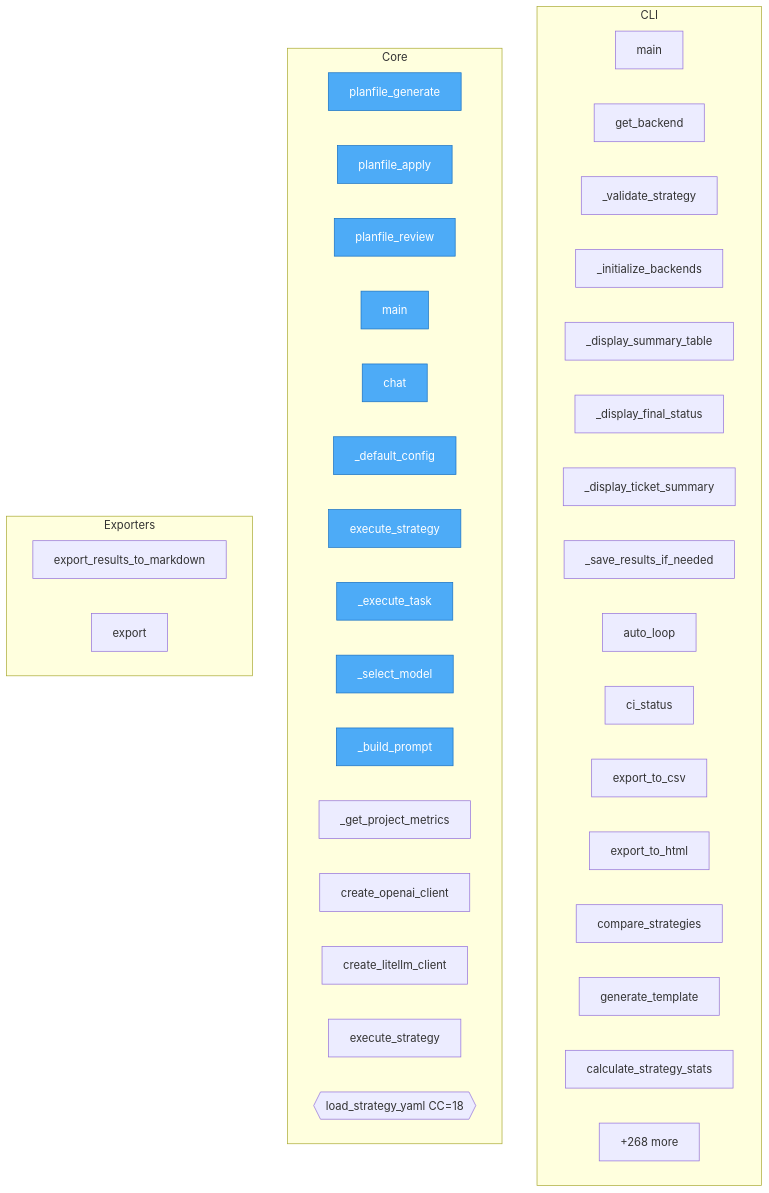
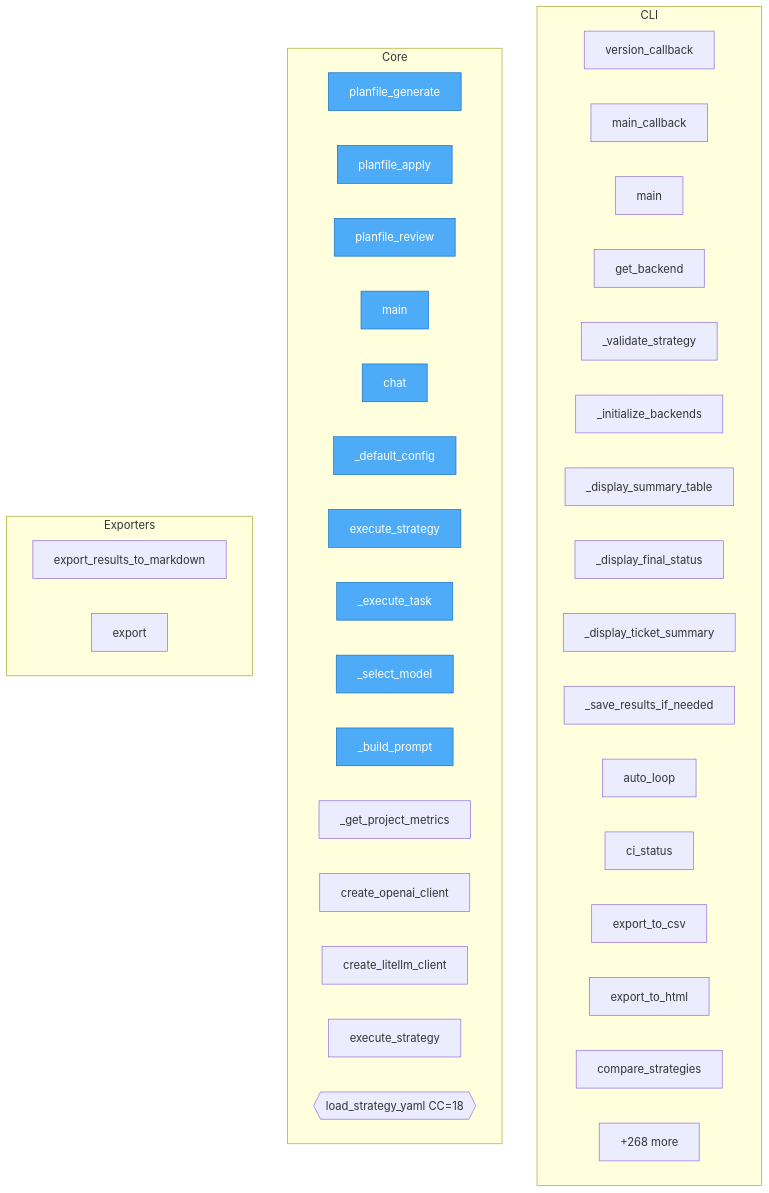
Before and after one commit to semcod/planfile: the diagram in project/flow.mmd, drawn with Mermaid. The commit also changed 70 other files, not shown here.

```diff
--- a/project/flow.mmd
+++ b/project/flow.mmd
@@ -1,49 +1,49 @@
 flowchart TD
 
     %% Entry points (blue)
     classDef entry fill:#4dabf7,stroke:#1971c2,color:#fff
 
     subgraph CLI
+        planfile__cli__commands__version_callback["version_callback"]
+        planfile__cli__commands__main_callback["main_callback"]
         planfile__cli__commands__main["main"]
         planfile__cli__auto_loop__get_backend["get_backend"]
         planfile__cli__auto_loop___validate_strategy["_validate_strategy"]
         planfile__cli__auto_loop___initialize_backends["_initialize_backends"]
         planfile__cli__auto_loop___display_summary_table["_display_summary_table"]
         planfile__cli__auto_loop___display_final_status["_display_final_status"]
         planfile__cli__auto_loop___display_ticket_summary["_display_ticket_summary"]
         planfile__cli__auto_loop___save_results_if_needed["_save_results_if_needed"]
         planfile__cli__auto_loop__auto_loop["auto_loop"]
         planfile__cli__auto_loop__ci_status["ci_status"]
         planfile__cli__extra_commands__export_to_csv["export_to_csv"]
         planfile__cli__extra_commands__export_to_html["export_to_html"]
         planfile__cli__extra_commands__compare_strategies["compare_strategies"]
-        planfile__cli__extra_commands__generate_template["generate_template"]
-        planfile__cli__extra_commands__calculate_strategy_stats["calculate_strategy_stats"]
-        ...["+14 more"]
+        ...["+16 more"]
     end
 
     subgraph Core
         mcp_server_example__planfile_generate["planfile_generate"]
         mcp_server_example__planfile_apply["planfile_apply"]
         mcp_server_example__planfile_review["planfile_review"]
         mcp_server_example__main["main"]
         planfile__executor_standalone__LLMClient__chat["chat"]
         planfile__executor_standalone__StrategyExecutor___default_config["_default_config"]
         planfile__executor_standalone__StrategyExecutor__execute_strategy["execute_strategy"]
         planfile__executor_standalone__StrategyExecutor___execute_task["_execute_task"]
         planfile__executor_standalone__StrategyExecutor___select_model["_select_model"]
         planfile__executor_standalone__StrategyExecutor___build_prompt["_build_prompt"]
         planfile__executor_standalone__StrategyExecutor___get_project_metrics["_get_project_metrics"]
         planfile__executor_standalone__create_openai_client["create_openai_client"]
         planfile__executor_standalone__create_litellm_client["create_litellm_client"]
         planfile__executor_standalone__execute_strategy["execute_strategy"]
         planfile__loaders__yaml_loader__load_strategy_yaml{{load_strategy_yaml CC=18}}
         ...["+268 more"]
     end
 
     subgraph Exporters
         planfile__loaders__cli_loader__export_results_to_markdown["export_results_to_markdown"]
         planfile__models_v2__Strategy__export["export"]
     end
 
     class mcp_server_example__planfile_generate,mcp_server_example__planfile_apply,mcp_server_example__planfile_review,mcp_server_example__main,planfile__executor_standalone__LLMClient__chat,planfile__executor_standalone__StrategyExecutor___default_config,planfile__executor_standalone__StrategyExecutor__execute_strategy,planfile__executor_standalone__StrategyExecutor___execute_task,planfile__executor_standalone__StrategyExecutor___select_model,planfile__executor_standalone__StrategyExecutor___build_prompt entry
```
